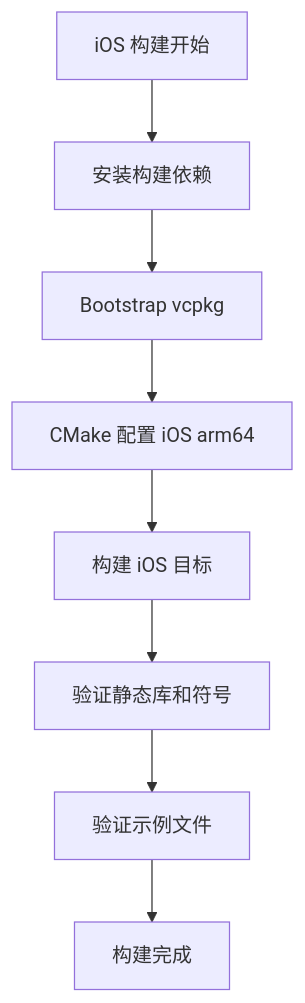
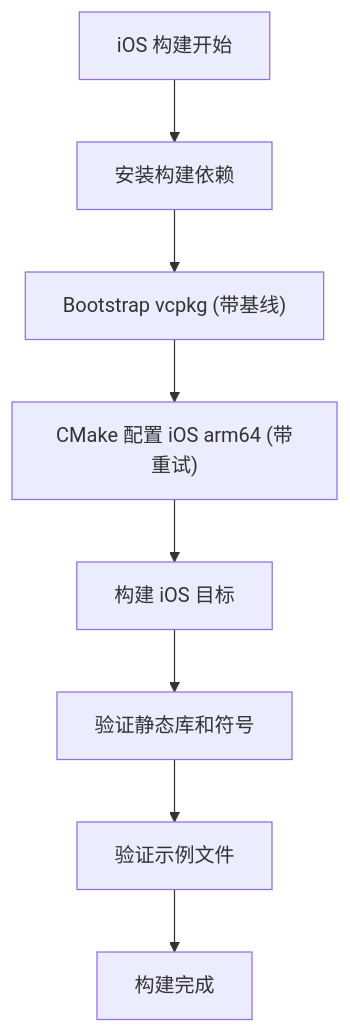
Before and after one commit to hsmbanlance/HsBaSlicer: the tenth of 11 diagrams in .qoder/repowiki/zh/content/开发测试与贡献/CI_CD流水线增强.md, drawn with Mermaid. The commit also changed other lines of this file and 172 other files, not shown here.

````diff
--- a/.qoder/repowiki/zh/content/开发测试与贡献/CI_CD流水线增强.md
+++ b/.qoder/repowiki/zh/content/开发测试与贡献/CI_CD流水线增强.md
@@ -437,10 +450,10 @@
 ```mermaid
 flowchart TD
 Start["iOS 构建开始"] --> Env["安装构建依赖"]
-Env --> Vcpkg["Bootstrap vcpkg"]
-Vcpkg --> Configure["CMake 配置 iOS arm64"]
+Env --> Vcpkg["Bootstrap vcpkg (带基线)"]
+Vcpkg --> Configure["CMake 配置 iOS arm64 (带重试)"]
 Configure --> Build["构建 iOS 目标"]
 Build --> Verify["验证静态库和符号"]
 Verify --> Files["验证示例文件"]
 Files --> Complete["构建完成"]
 ```
````
